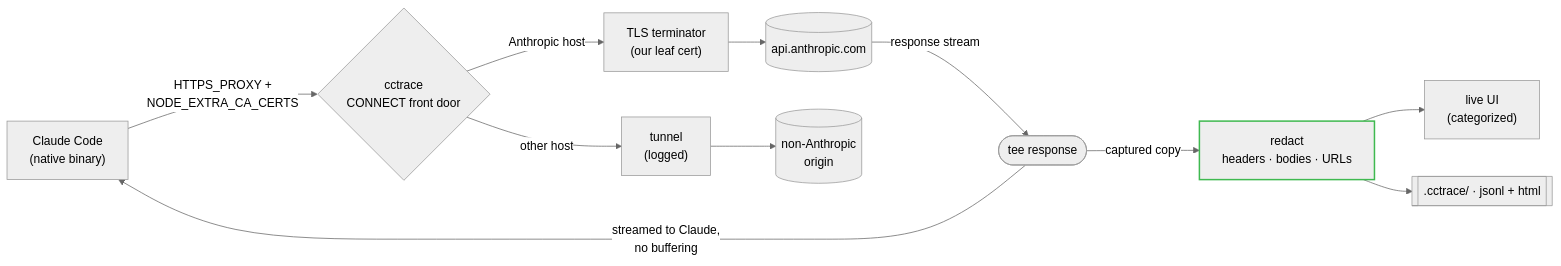
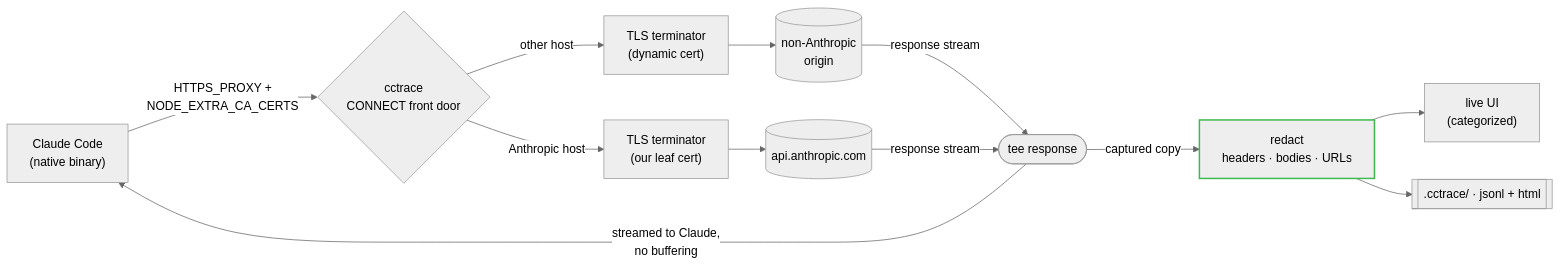
One commit to thevibeworks/cctrace changed the diagram in README.md. Above: the diagram before and after it, drawn with Mermaid (neutral theme). The commit also changed other lines of this file and 6 other files, not shown here.

````diff
--- a/README.md
+++ b/README.md
@@ -195,27 +196,28 @@
 ```mermaid
 flowchart LR
     CC["Claude Code<br/>(native binary)"]
     FD{"cctrace<br/>CONNECT front door"}
     TLS["TLS terminator<br/>(our leaf cert)"]
-    BT["tunnel<br/>(logged)"]
+    BT["TLS terminator<br/>(dynamic cert)"]
     API[("api.anthropic.com")]
     ORI[("non-Anthropic<br/>origin")]
     TEE(["tee response"])
     RD["redact<br/>headers · bodies · URLs"]
     UI["live UI<br/>(categorized)"]
     OUT[[".cctrace/ · jsonl + html"]]
 
     CC -- "HTTPS_PROXY +<br/>NODE_EXTRA_CA_CERTS" --> FD
     FD -- "Anthropic host" --> TLS
     FD -- "other host" --> BT
     TLS --> API
     BT --> ORI
+    ORI -- "response stream" --> TEE
     API -- "response stream" --> TEE
     TEE -- "streamed to Claude,<br/>no buffering" --> CC
     TEE -- "captured copy" --> RD
     RD --> UI
     RD --> OUT
 
     classDef accent stroke:#3fb950,stroke-width:2px;
     class RD accent
 ```
````
